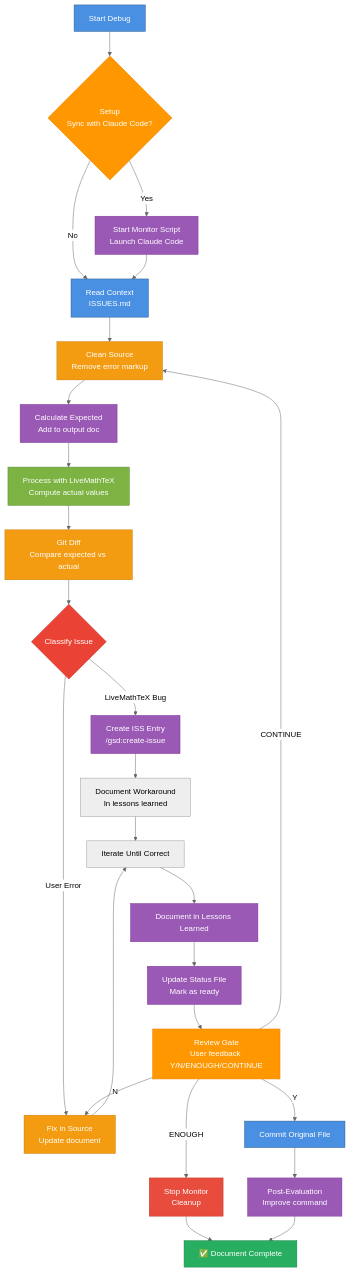
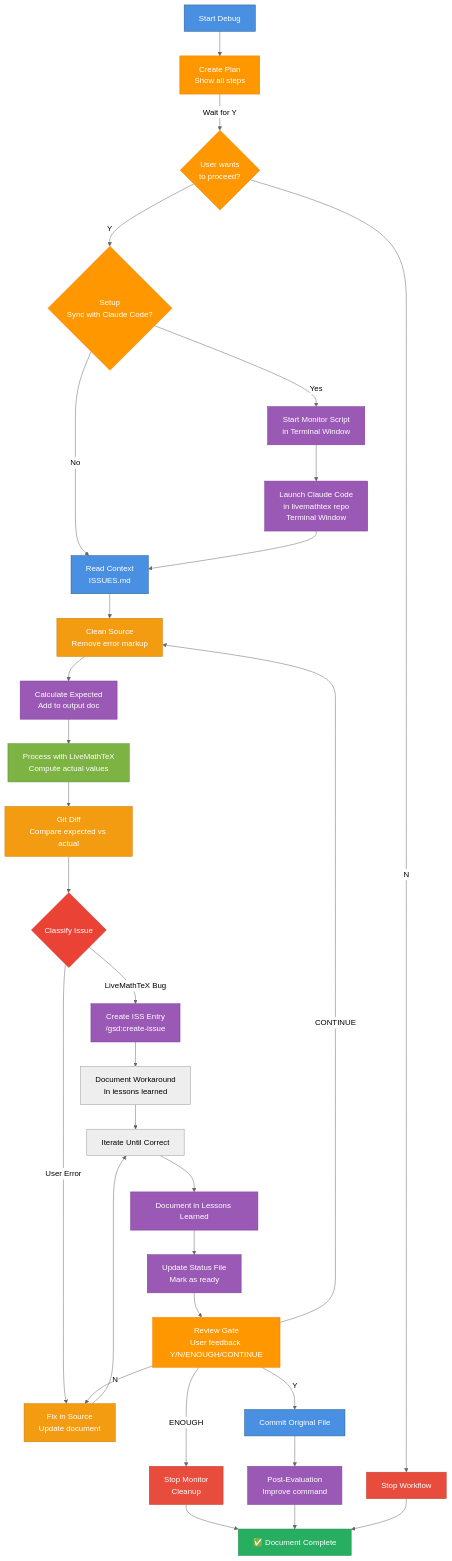
Before and after one commit to MarkMichiels/livemathtex: the diagram in .cursor/commands/debug-calculations.md, drawn with Mermaid (neutral theme). The commit also changed other lines of this file, not shown here.

First line of the commit message:
feat(commands): add fully automatic synchronization to debug-calculations

````diff
--- a/.cursor/commands/debug-calculations.md
+++ b/.cursor/commands/debug-calculations.md
@@ -245,46 +355,55 @@
 ```mermaid
 graph TB
-    START[Start Debug] --> SETUP{Setup<br/>Sync with Claude Code?}
-    SETUP -->|Yes| MONITOR[Start Monitor Script<br/>Launch Claude Code]
+    START[Start Debug] --> PLAN[Create Plan<br/>Show all steps]
+    PLAN -->|Wait for Y| ASK{User wants<br/>to proceed?}
+    ASK -->|N| STOP[Stop Workflow]
+    ASK -->|Y| SETUP{Setup<br/>Sync with Claude Code?}
+    SETUP -->|Yes| MONITOR[Start Monitor Script<br/>in Terminal Window]
     SETUP -->|No| CONTEXT[Read Context<br/>ISSUES.md]
-    MONITOR --> CONTEXT
+    MONITOR --> CLAUDE[Launch Claude Code<br/>in livemathtex repo<br/>Terminal Window]
+    CLAUDE --> CONTEXT
     CONTEXT --> CLEAN[Clean Source<br/>Remove error markup]
     CLEAN --> EXPECT[Calculate Expected<br/>Add to output doc]
     EXPECT --> PROCESS[Process with LiveMathTeX<br/>Compute actual values]
     PROCESS --> DIFF[Git Diff<br/>Compare expected vs actual]
     DIFF --> CLASSIFY{Classify Issue}
     CLASSIFY -->|LiveMathTeX Bug| ISSUE[Create ISS Entry<br/>/gsd:create-issue]
     CLASSIFY -->|User Error| FIX[Fix in Source<br/>Update document]
     ISSUE --> WORKAROUND[Document Workaround<br/>In lessons learned]
     FIX --> ITERATE[Iterate Until Correct]
     WORKAROUND --> ITERATE
     ITERATE --> LEARN[Document in Lessons Learned]
     LEARN --> STATUS[Update Status File<br/>Mark as ready]
     STATUS --> REVIEW[Review Gate<br/>User feedback Y/N/ENOUGH/CONTINUE]
     REVIEW -->|N| FIX
     REVIEW -->|CONTINUE| CLEAN
     REVIEW -->|Y| COMMIT[Commit Original File]
     REVIEW -->|ENOUGH| CLEANUP[Stop Monitor<br/>Cleanup]
     COMMIT --> POST[Post-Evaluation<br/>Improve command]
     CLEANUP --> DONE[✅ Document Complete]
     POST --> DONE
+    STOP --> DONE
 
     style START fill:#4a90e2,stroke:#2e5c8a,color:#fff
+    style PLAN fill:#ff9800,stroke:#f57c00,color:#fff
+    style ASK fill:#ff9800,stroke:#f57c00,color:#fff
     style SETUP fill:#ff9800,stroke:#f57c00,color:#fff
     style MONITOR fill:#9b59b6,stroke:#7d3c98,color:#fff
+    style CLAUDE fill:#9b59b6,stroke:#7d3c98,color:#fff
     style CONTEXT fill:#4a90e2,stroke:#2e5c8a,color:#fff
     style CLEAN fill:#f39c12,stroke:#c87f0a,color:#fff
     style EXPECT fill:#9b59b6,stroke:#7d3c98,color:#fff
     style PROCESS fill:#7cb342,stroke:#558b2f,color:#fff
     style DIFF fill:#f39c12,stroke:#c87f0a,color:#fff
     style CLASSIFY fill:#ea4335,stroke:#c5221f,color:#fff
     style ISSUE fill:#9b59b6,stroke:#7d3c98,color:#fff
     style FIX fill:#f39c12,stroke:#c87f0a,color:#fff
     style LEARN fill:#9b59b6,stroke:#7d3c98,color:#fff
     style STATUS fill:#9b59b6,stroke:#7d3c98,color:#fff
     style REVIEW fill:#ff9800,stroke:#f57c00,color:#fff
     style COMMIT fill:#4a90e2,stroke:#2e5c8a,color:#fff
     style CLEANUP fill:#e74c3c,stroke:#c0392b,color:#fff
     style POST fill:#9b59b6,stroke:#7d3c98,color:#fff
     style DONE fill:#27ae60,stroke:#1e8449,color:#fff
+    style STOP fill:#e74c3c,stroke:#c0392b,color:#fff
 ```
````
